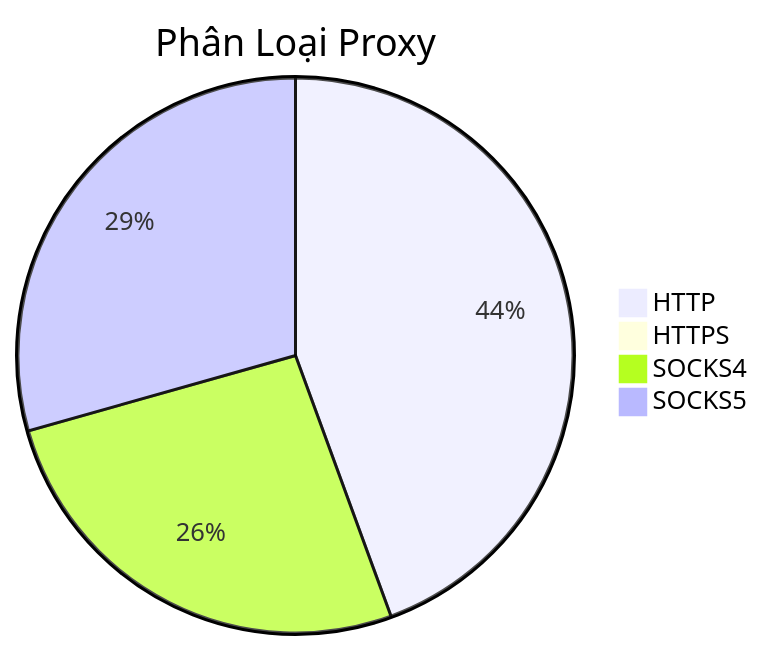
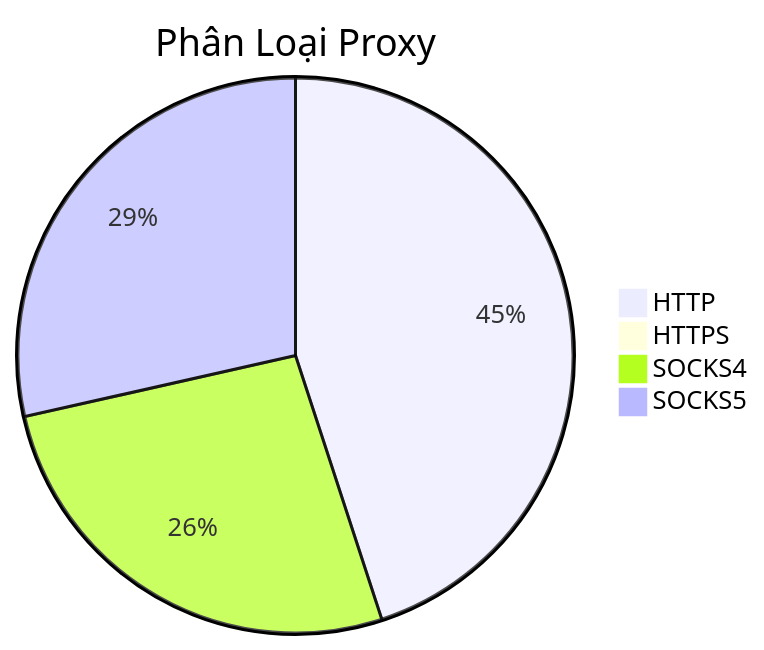
The diagram in README.md (Ciara-12/PROXY-free), drawn with Mermaid before and after one commit. The commit also changed other lines of this file and 3 other files, not shown here.

````diff
--- a/README.md
+++ b/README.md
@@ -26,7 +26,7 @@
 ```mermaid
 pie title Phân Loại Proxy
-    "HTTP" : 449
+    "HTTP" : 487
     "HTTPS" : 1
-    "SOCKS4" : 265
-    "SOCKS5" : 297
+    "SOCKS4" : 287
+    "SOCKS5" : 309
 ```
````
